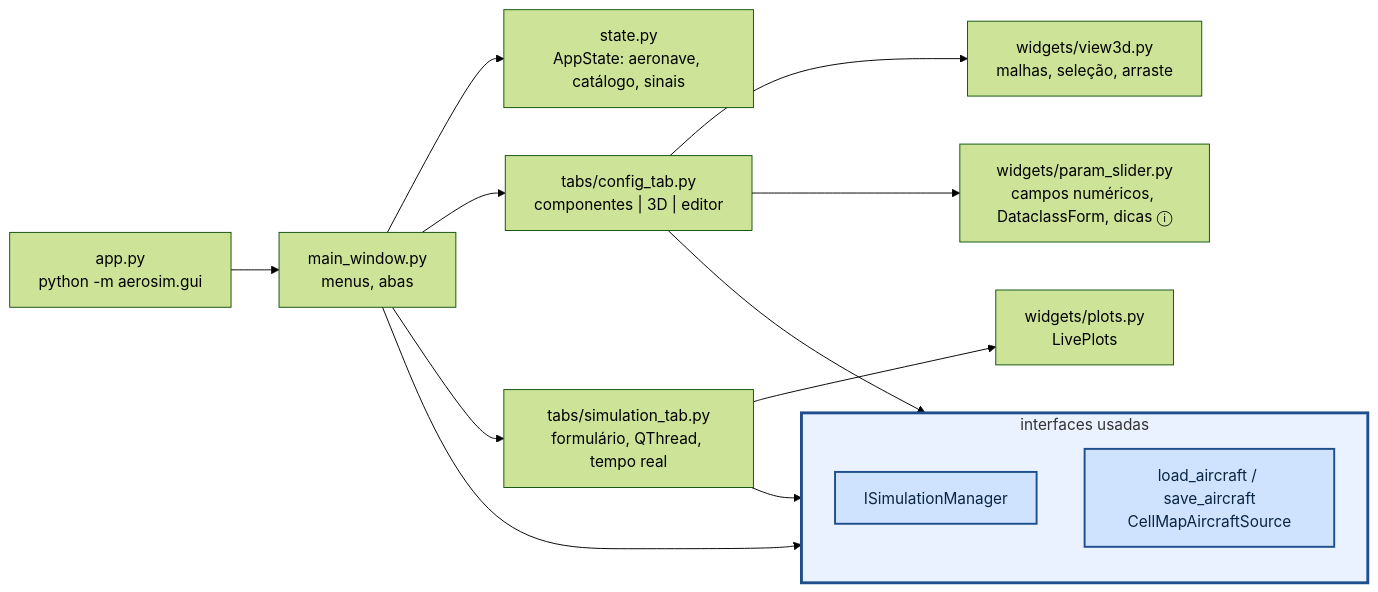
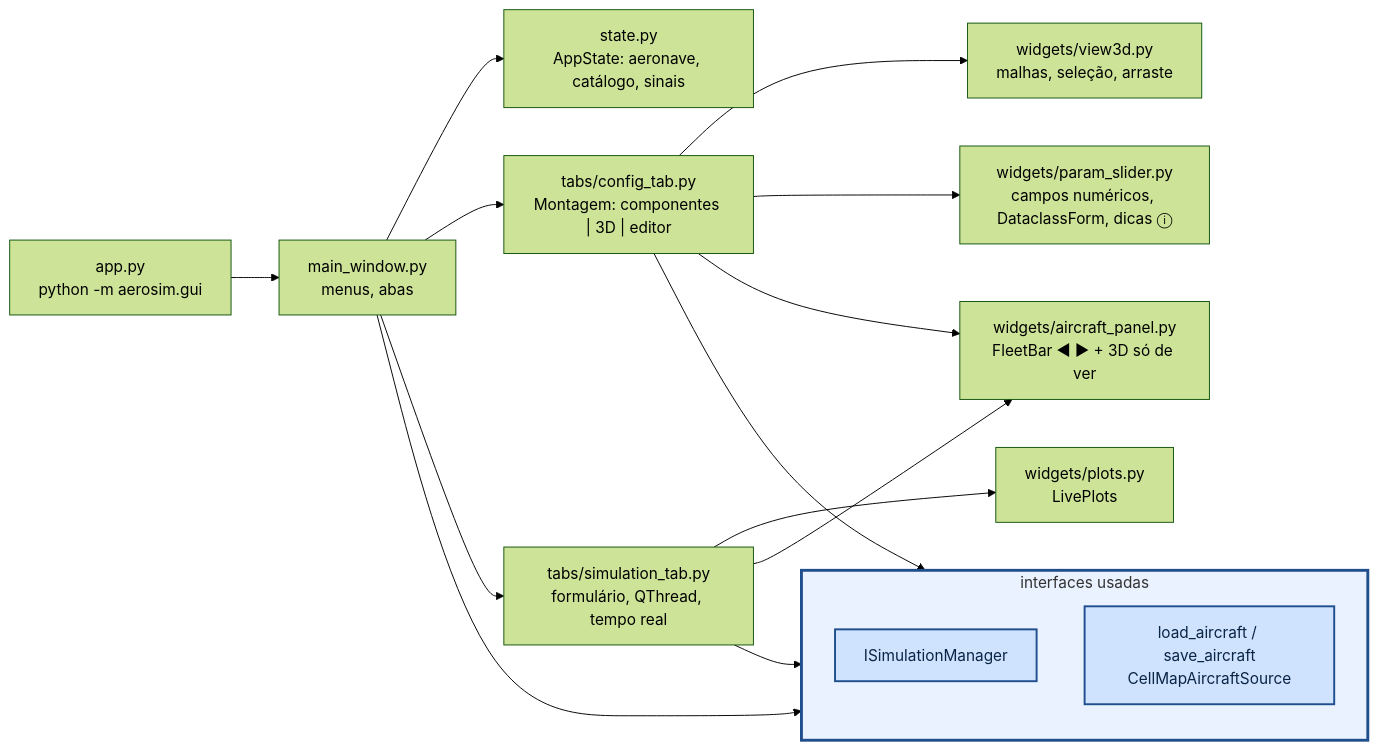
One commit to vitordallolivo/AircraftSimulation changed the diagram in aerosim/gui/README.md. Above: the diagram before and after it, drawn with Mermaid (forest theme). The commit also changed other lines of this file and 92 other files, not shown here.

````diff
--- a/aerosim/gui/README.md
+++ b/aerosim/gui/README.md
@@ -27,26 +27,28 @@
 ```mermaid
 flowchart LR
     subgraph API["interfaces usadas"]
         direction TB
         ISM["ISimulationManager"]
         SRC["load_aircraft / save_aircraft<br/>CellMapAircraftSource"]
     end
     APP["app.py<br/>python -m aerosim.gui"]
     MW["main_window.py<br/>menus, abas"]
     ST["state.py<br/>AppState: aeronave, catálogo, sinais"]
-    CT["tabs/config_tab.py<br/>componentes | 3D | editor"]
+    CT["tabs/config_tab.py<br/>Montagem: componentes | 3D | editor"]
+    AP["widgets/aircraft_panel.py<br/>FleetBar ◀ ▶ + 3D só de ver"]
     STAB["tabs/simulation_tab.py<br/>formulário, QThread, tempo real"]
     V3D["widgets/view3d.py<br/>malhas, seleção, arraste"]
     PS["widgets/param_slider.py<br/>campos numéricos, DataclassForm, dicas ⓘ"]
     PL["widgets/plots.py<br/>LivePlots"]
     APP --> MW --> ST
     MW --> CT & STAB
     CT --> V3D & PS
-    STAB --> PL
+    STAB --> PL & AP
+    CT --> AP
     STAB --> ISM
     CT --> ISM
     MW --> SRC
     classDef iface fill:#cfe3ff,stroke:#1f4e8c,stroke-width:2px,color:#0b2545
     class ISM,SRC iface
     style API fill:#eaf2ff,stroke:#1f4e8c,stroke-width:3px
 ```
````
